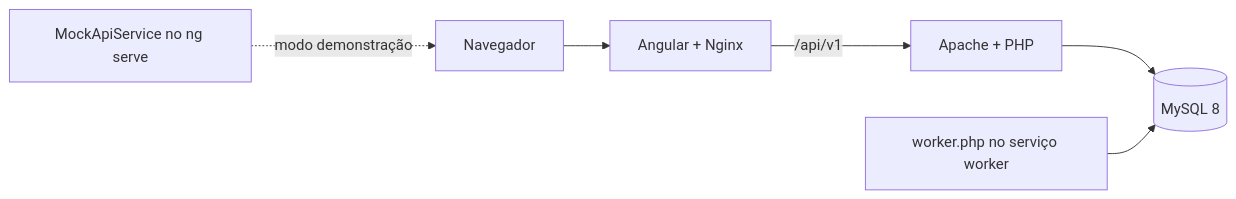
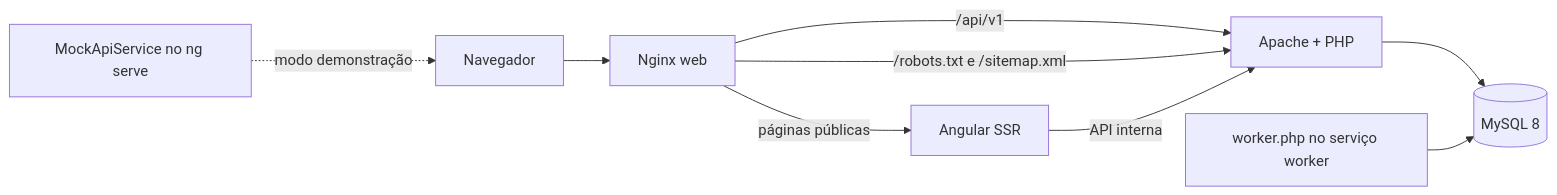
The diagram in docs/ARCHITECTURE.md (AndreRapela/Chevous-pro---php), drawn with Mermaid before and after one commit. The commit also changed other lines of this file and 151 other files, not shown here.

````diff
--- a/docs/ARCHITECTURE.md
+++ b/docs/ARCHITECTURE.md
@@ -12,8 +13,11 @@
 ```mermaid
 flowchart LR
-    U["Navegador"] --> W["Angular + Nginx"]
+    U["Navegador"] --> W["Nginx web"]
+    W -->|"páginas públicas"| S["Angular SSR"]
     W -->|"/api/v1"| A["Apache + PHP"]
+    W -->|"/robots.txt e /sitemap.xml"| A
+    S -->|"API interna"| A
     A --> D[("MySQL 8")]
     K["worker.php no serviço worker"] --> D
     M["MockApiService no ng serve"] -. "modo demonstração" .-> U
 ```
````
